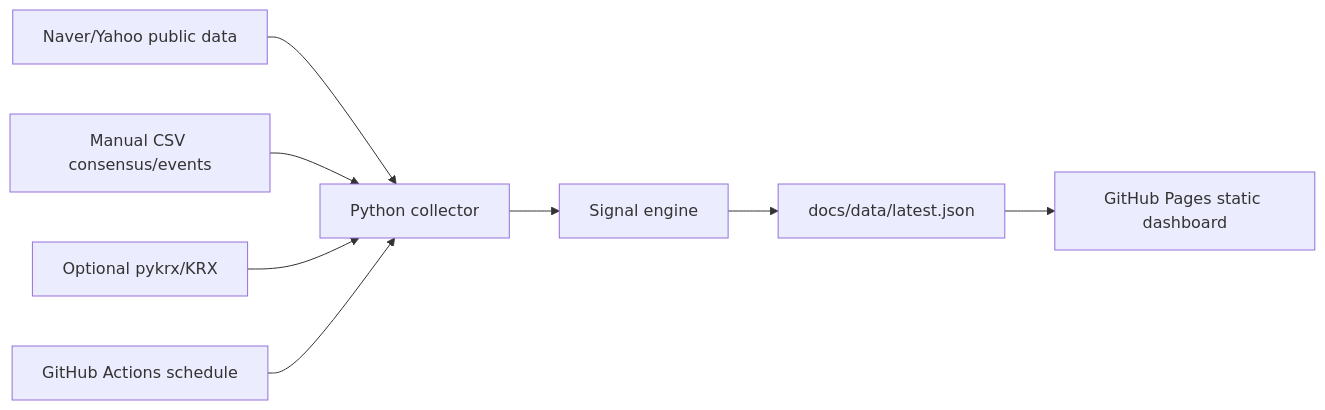
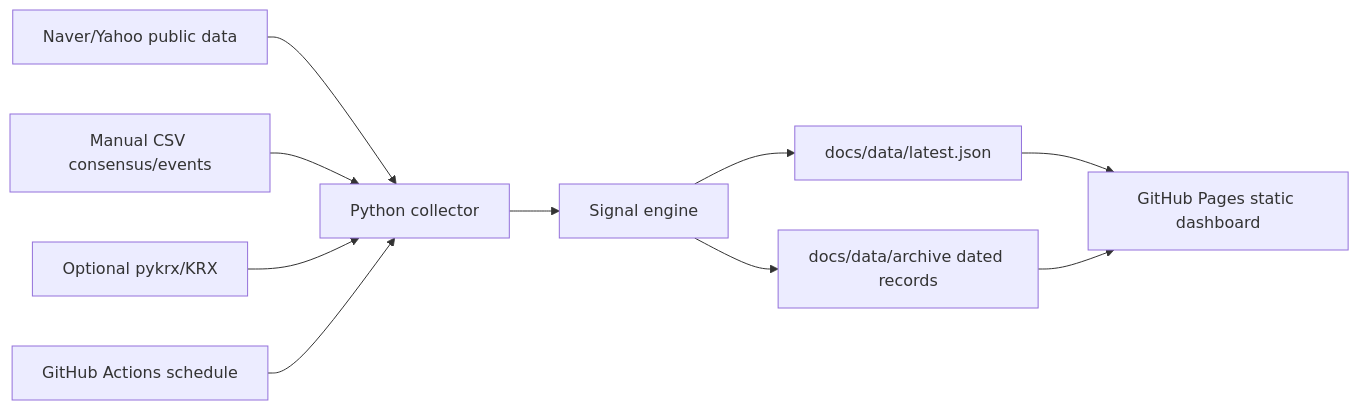
Before and after one commit to koalav/slhs: the diagram in docs/ARCHITECTURE.md, drawn with Mermaid. The commit also changed other lines of this file and 15 other files, not shown here.

````diff
--- a/docs/ARCHITECTURE.md
+++ b/docs/ARCHITECTURE.md
@@ -42,10 +42,12 @@
 ```mermaid
 flowchart LR
   A[Naver/Yahoo public data] --> B[Python collector]
   C[Manual CSV consensus/events] --> B
   D[Optional pykrx/KRX] --> B
   B --> E[Signal engine]
   E --> F[docs/data/latest.json]
+  E --> I[docs/data/archive dated records]
   F --> G[GitHub Pages static dashboard]
+  I --> G
   H[GitHub Actions schedule] --> B
 ```
````
